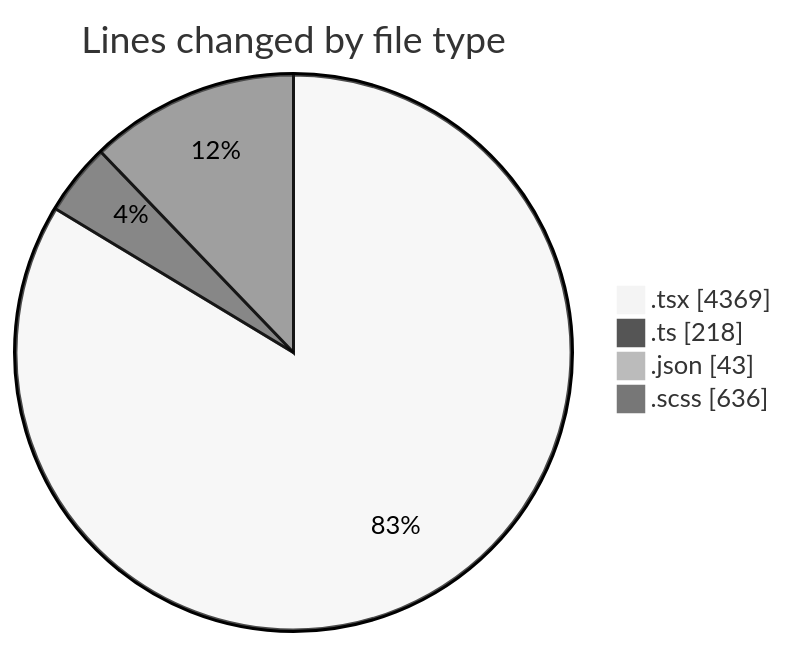
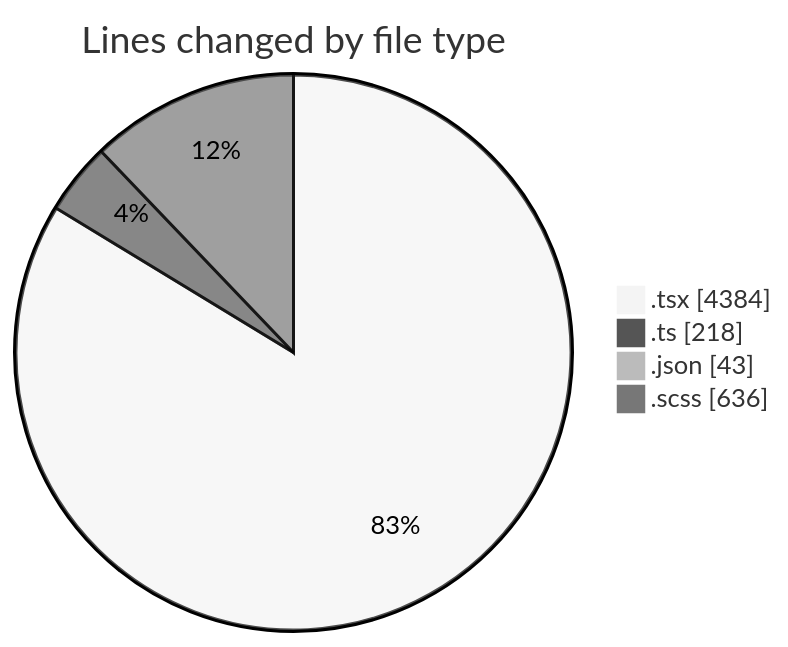
One commit to momahboobian/code-tracking changed the first of 2 diagrams in 2025-09-23/cda/README.md. Above: the diagram before and after it, drawn with Mermaid (neutral theme). The commit also changed other lines of this file and 1 other file, not shown here.

````diff
--- a/2025-09-23/cda/README.md
+++ b/2025-09-23/cda/README.md
@@ -34,8 +34,8 @@
 ```mermaid
 pie showData
 title Lines changed by file type
-".tsx" : 4369
+".tsx" : 4384
 ".ts" : 218
 ".json" : 43
 ".scss" : 636
 ```
````
